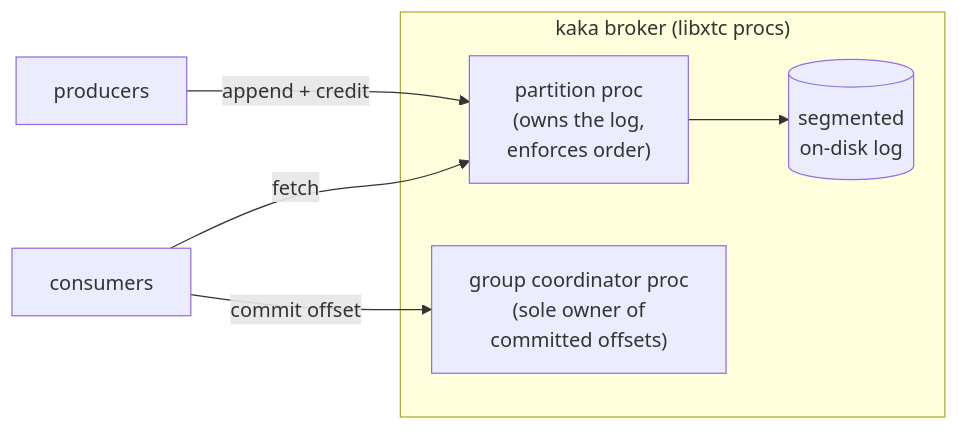
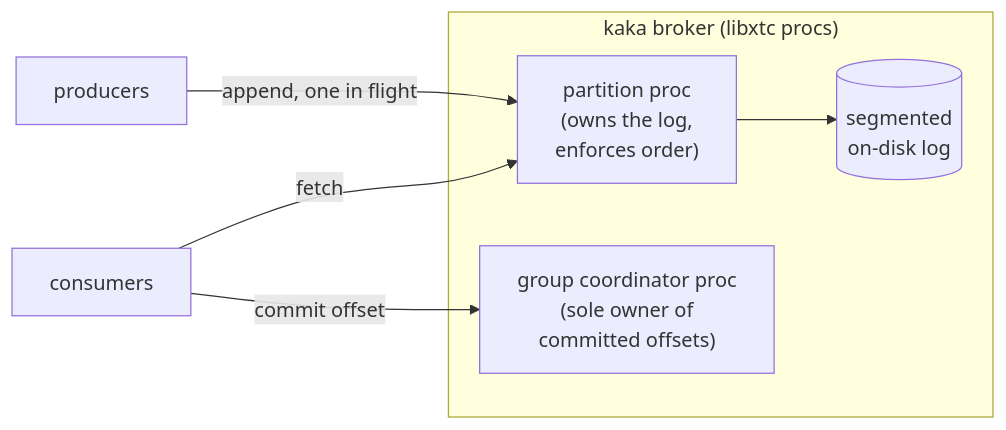
One commit to gburd/libxtc changed the diagram in docs/examples/kaka.md. Above: the diagram before and after it, drawn with Mermaid. The commit also changed other lines of this file, not shown here.

````diff
--- a/docs/examples/kaka.md
+++ b/docs/examples/kaka.md
@@ -39,11 +39,11 @@
 ```mermaid
 flowchart LR
-    Prod["producers"] -->|append + credit| Part
+    Prod["producers"] -->|append, one in flight| Part
     subgraph broker["kaka broker (libxtc procs)"]
         Part["partition proc<br/>(owns the log,<br/>enforces order)"]
         Part --> Seg[("segmented<br/>on-disk log")]
         Coord["group coordinator proc<br/>(sole owner of<br/>committed offsets)"]
     end
     Cons["consumers"] -->|fetch| Part
     Cons -->|commit offset| Coord
 ```
````
